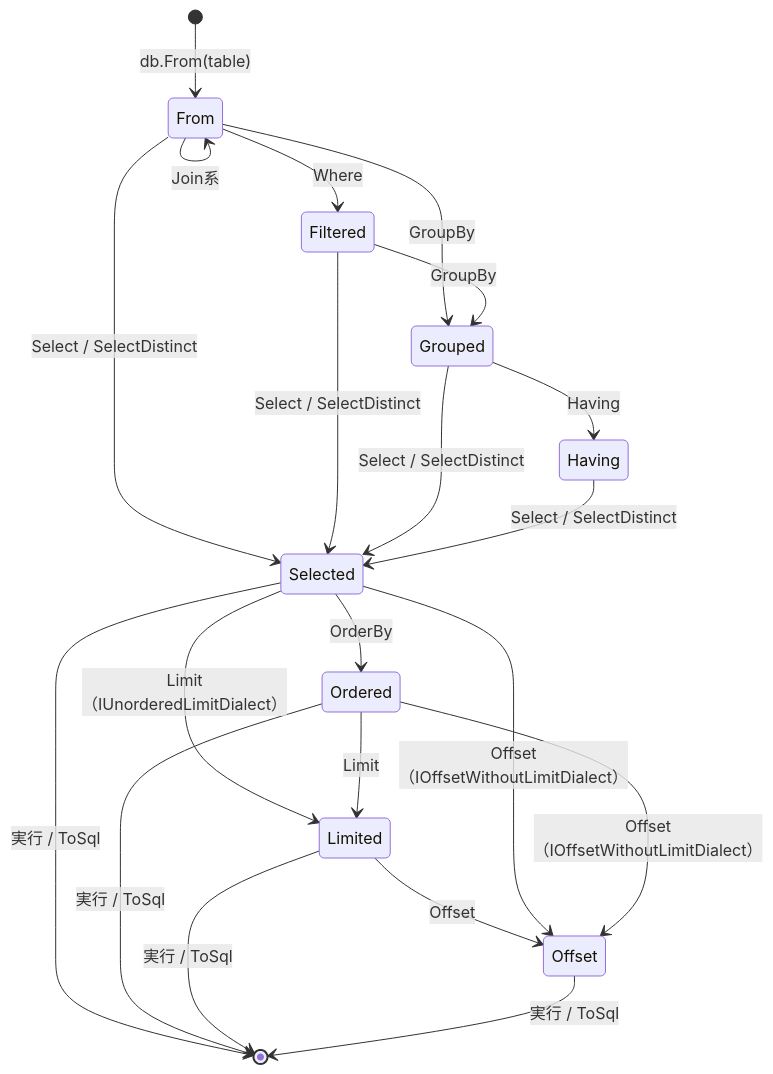
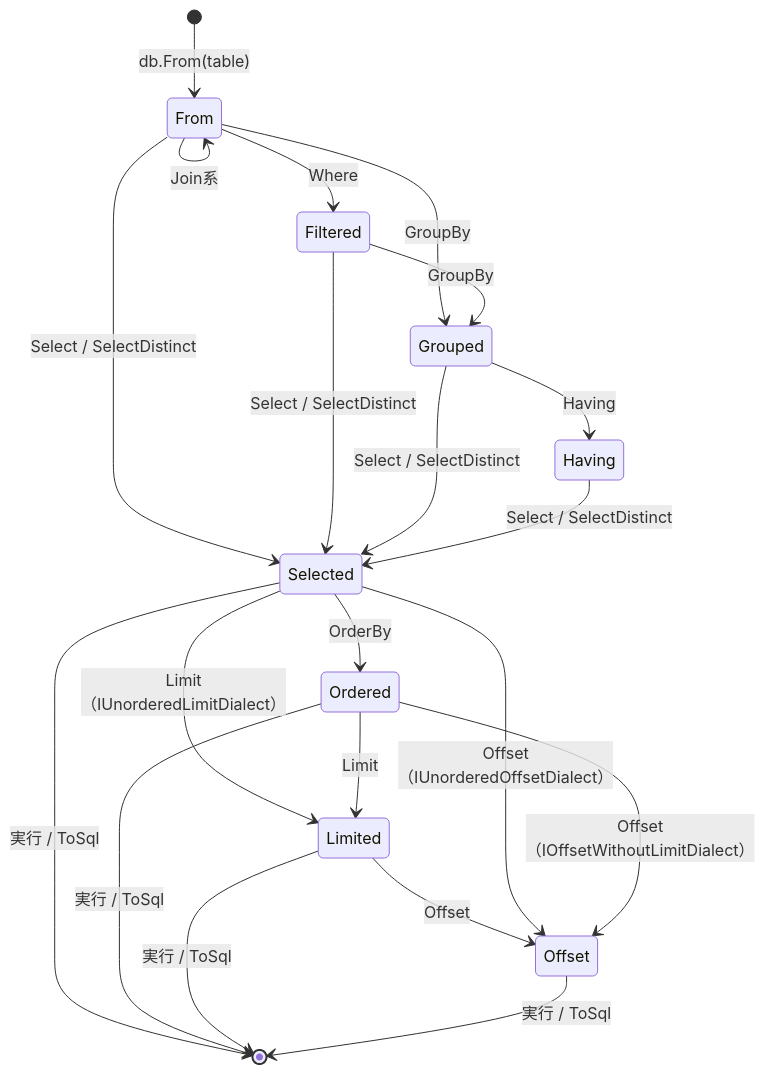
One commit to YUKIKEDA/AuraORM changed the second of 2 diagrams in docs/design.ja.md. Above: the diagram before and after it, drawn with Mermaid. The commit also changed other lines of this file and 2 other files, not shown here.

````diff
--- a/docs/design.ja.md
+++ b/docs/design.ja.md
@@ -450,23 +456,23 @@
 ```mermaid
 stateDiagram-v2
     [*] --> From: db.From(table)
     From --> From: Join系
     From --> Filtered: Where
     From --> Grouped: GroupBy
     Filtered --> Grouped: GroupBy
     Grouped --> Having: Having
     From --> Selected: Select / SelectDistinct
     Filtered --> Selected: Select / SelectDistinct
     Grouped --> Selected: Select / SelectDistinct
     Having --> Selected: Select / SelectDistinct
     Selected --> Ordered: OrderBy
     Selected --> Limited: Limit（IUnorderedLimitDialect）
     Ordered --> Limited: Limit
     Limited --> Offset: Offset
-    Selected --> Offset: Offset（IOffsetWithoutLimitDialect）
+    Selected --> Offset: Offset（IUnorderedOffsetDialect）
     Ordered --> Offset: Offset（IOffsetWithoutLimitDialect）
     Selected --> [*]: 実行 / ToSql
     Ordered --> [*]: 実行 / ToSql
     Limited --> [*]: 実行 / ToSql
     Offset --> [*]: 実行 / ToSql
 ```
````
